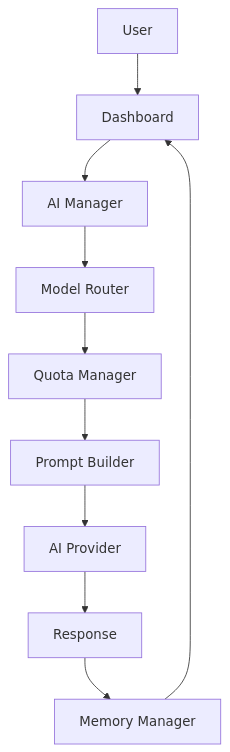
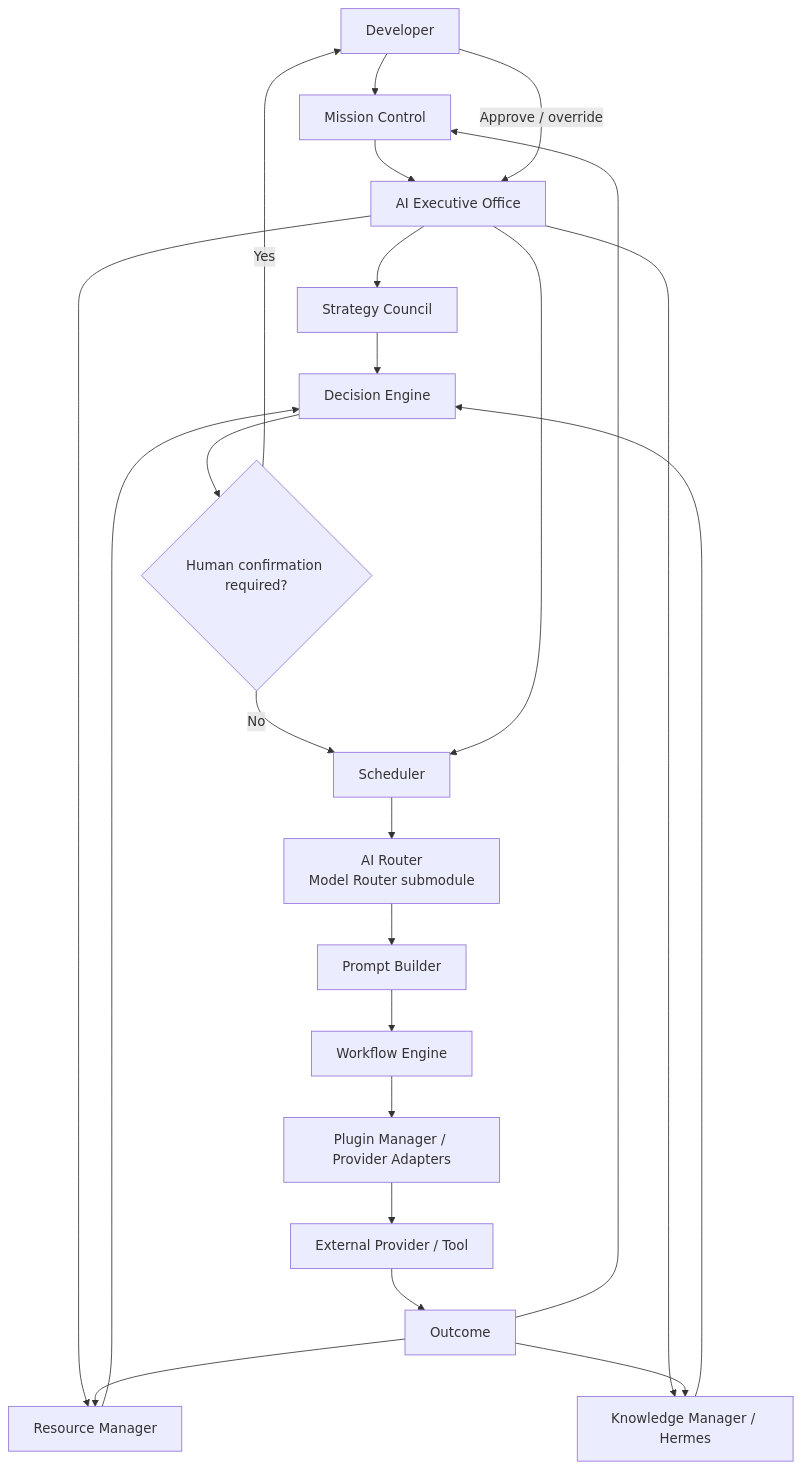
The first of 2 diagrams in docs/architecture/DATA_FLOW.md (jim00e-Shao/ai-manager), drawn with Mermaid before and after one commit. The commit also changed other lines of this file and 24 other files, not shown here.

Commit message:
docs: reposition AI Manager as AI Executive Office

````diff
--- a/docs/architecture/DATA_FLOW.md
+++ b/docs/architecture/DATA_FLOW.md
@@ -11,12 +10,41 @@
 ```mermaid
 flowchart TD
-    User["User"] --> Dashboard["Dashboard"]
-    Dashboard --> Manager["AI Manager"]
-    Manager --> Router["Model Router"]
-    Router --> Quota["Quota Manager"]
-    Quota --> Prompt["Prompt Builder"]
-    Prompt --> Provider["AI Provider"]
-    Provider --> Response["Response"]
-    Response --> Memory["Memory Manager"]
-    Memory --> Dashboard
+    Developer["Developer"]
+    Mission["Mission Control"]
+    Office["AI Executive Office"]
+    Council["Strategy Council"]
+    Resources["Resource Manager"]
+    Hermes["Knowledge Manager / Hermes"]
+    Decision["Decision Engine"]
+    Confirm{"Human confirmation required?"}
+    Scheduler["Scheduler"]
+    Router["AI Router<br/>Model Router submodule"]
+    Prompt["Prompt Builder"]
+    Workflow["Workflow Engine"]
+    Plugins["Plugin Manager / Provider Adapters"]
+    External["External Provider / Tool"]
+    Outcome["Outcome"]
+
+    Developer --> Mission
+    Mission --> Office
+    Office --> Council
+    Office --> Resources
+    Office --> Hermes
+    Council --> Decision
+    Resources --> Decision
+    Hermes --> Decision
+    Decision --> Confirm
+    Confirm -->|Yes| Developer
+    Developer -->|Approve / override| Office
+    Confirm -->|No| Scheduler
+    Office --> Scheduler
+    Scheduler --> Router
+    Router --> Prompt
+    Prompt --> Workflow
+    Workflow --> Plugins
+    Plugins --> External
+    External --> Outcome
+    Outcome --> Resources
+    Outcome --> Hermes
+    Outcome --> Mission
 ```
````
